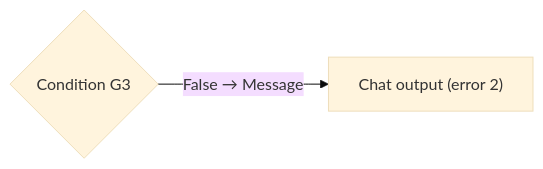
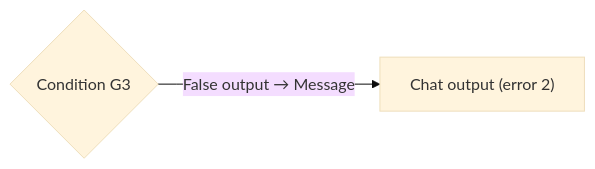
Diagram 15 of 18 in paf/flows/CHAT_WORKFLOW.md (vmleon/oracle-database-private-agent-factory-poc), drawn with Mermaid (base theme) before and after one commit. The commit also changed other lines of this file, not shown here.

Commit message:
docs: place G2/G3 apology on condition False Message

````diff
--- a/paf/flows/CHAT_WORKFLOW.md
+++ b/paf/flows/CHAT_WORKFLOW.md
@@ -400,4 +406,4 @@
 ```mermaid
 flowchart LR
-    G3{"Condition G3"} -->|False → Message| OE2["Chat output (error 2)"]
+    G3{"Condition G3"} -->|False output → Message| OE2["Chat output (error 2)"]
 ```
````
